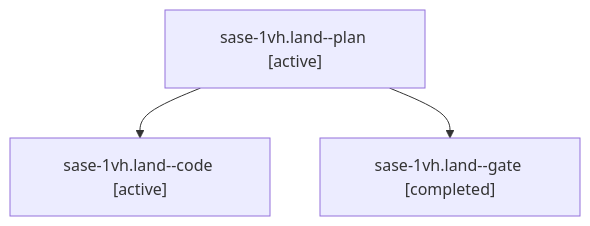
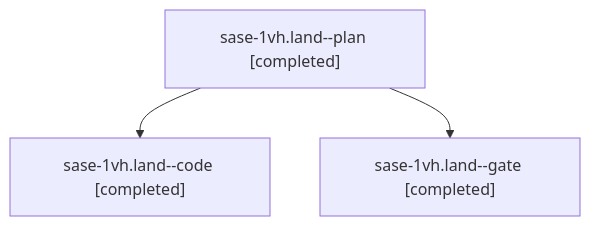
Before and after one commit to sase-org/sase--agents: the diagram in sessions/bbugyi200.athena.sase-1vh.land.md, drawn with Mermaid. The commit also changed other lines of this file and 15 other files, not shown here.

````diff
--- a/sessions/bbugyi200.athena.sase-1vh.land.md
+++ b/sessions/bbugyi200.athena.sase-1vh.land.md
@@ -9,8 +9,8 @@
 ```mermaid
 flowchart TD
-  n0["sase-1vh.land--plan [active]"]
-  n1["sase-1vh.land--code [active]"]
+  n0["sase-1vh.land--plan [completed]"]
+  n1["sase-1vh.land--code [completed]"]
   n0 --> n1
   n2["sase-1vh.land--gate [completed]"]
   n0 --> n2
 ```
````
